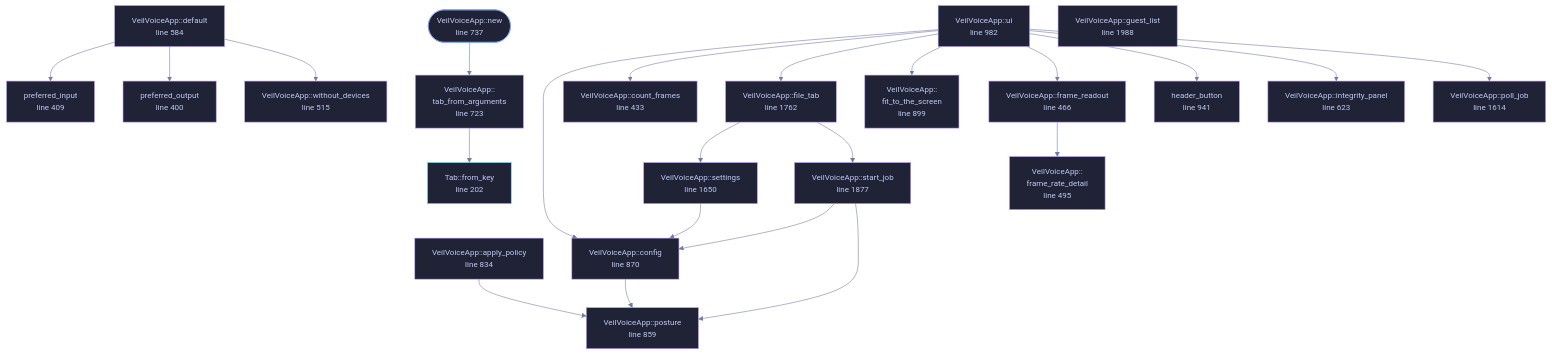
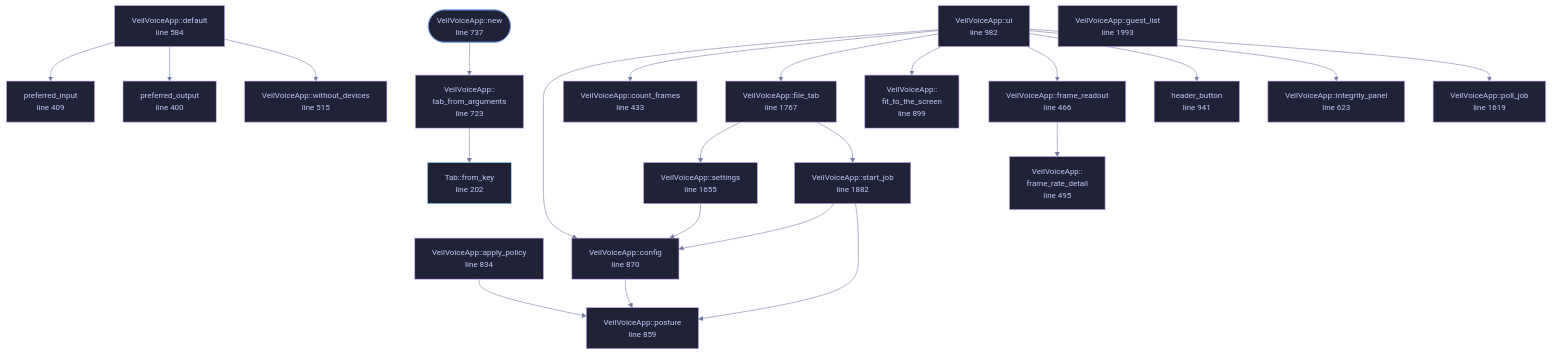
One commit to tilas01/veilvoice changed the diagram in docs/files/veilvoice-gui/app.md. Above: the diagram before and after it, drawn with Mermaid. The commit also changed other lines of this file and 48 other files, not shown here.

````diff
--- a/docs/files/veilvoice-gui/app.md
+++ b/docs/files/veilvoice-gui/app.md
@@ -192,75 +192,75 @@
 ```mermaid
 %%{init: {"theme":"base","themeVariables":{"background":"#1a1b26","primaryColor":"#1f2335","primaryTextColor":"#c0caf5","primaryBorderColor":"#7aa2f7","secondaryColor":"#16161e","tertiaryColor":"#16161e","lineColor":"#737aa2","textColor":"#c0caf5","mainBkg":"#1f2335","nodeBorder":"#7aa2f7","clusterBkg":"#16161e","clusterBorder":"#2f3549","fontFamily":"ui-monospace, SFMono-Regular, Consolas, monospace","fontSize":"14px"}}}%%
 flowchart TD
     n_from_key["Tab::from_key<br/>line 202"]
     n_preferred_output["preferred_output<br/>line 400"]
     n_preferred_input["preferred_input<br/>line 409"]
     n_count_frames["VeilVoiceApp::count_frames<br/>line 433"]
     n_frame_readout["VeilVoiceApp::frame_readout<br/>line 466"]
     n_frame_rate_detail["VeilVoiceApp::<br/>frame_rate_detail<br/>line 495"]
     n_without_devices["VeilVoiceApp::without_devices<br/>line 515"]
     n_default["VeilVoiceApp::default<br/>line 584"]
     n_integrity_panel["VeilVoiceApp::integrity_panel<br/>line 623"]
     n_tab_from_arguments["VeilVoiceApp::<br/>tab_from_arguments<br/>line 723"]
     n_new(["VeilVoiceApp::new<br/>line 737"])
     n_apply_policy["VeilVoiceApp::apply_policy<br/>line 834"]
     n_posture["VeilVoiceApp::posture<br/>line 859"]
     n_config["VeilVoiceApp::config<br/>line 870"]
     n_fit_to_the_screen["VeilVoiceApp::<br/>fit_to_the_screen<br/>line 899"]
     n_header_button["header_button<br/>line 941"]
     n_ui["VeilVoiceApp::ui<br/>line 982"]
-    n_poll_job["VeilVoiceApp::poll_job<br/>line 1614"]
-    n_settings["VeilVoiceApp::settings<br/>line 1650"]
-    n_file_tab["VeilVoiceApp::file_tab<br/>line 1762"]
-    n_start_job["VeilVoiceApp::start_job<br/>line 1877"]
-    n_guest_list["VeilVoiceApp::guest_list<br/>line 1988"]
+    n_poll_job["VeilVoiceApp::poll_job<br/>line 1619"]
+    n_settings["VeilVoiceApp::settings<br/>line 1655"]
+    n_file_tab["VeilVoiceApp::file_tab<br/>line 1767"]
+    n_start_job["VeilVoiceApp::start_job<br/>line 1882"]
+    n_guest_list["VeilVoiceApp::guest_list<br/>line 1993"]
     n_apply_policy --> n_posture
     n_config --> n_posture
     n_default --> n_preferred_input
     n_default --> n_preferred_output
     n_default --> n_without_devices
     n_file_tab --> n_settings
     n_file_tab --> n_start_job
     n_frame_readout --> n_frame_rate_detail
     n_new --> n_tab_from_arguments
     n_settings --> n_config
     n_start_job --> n_config
     n_start_job --> n_posture
     n_tab_from_arguments --> n_from_key
     n_ui --> n_config
     n_ui --> n_count_frames
     n_ui --> n_file_tab
     n_ui --> n_fit_to_the_screen
     n_ui --> n_frame_readout
     n_ui --> n_header_button
     n_ui --> n_integrity_panel
     n_ui --> n_poll_job
     click n_from_key href "https://github.com/tilas01/veilvoice/blob/main/crates/veilvoice-gui/src/app.rs#L202" "open the source"
     click n_preferred_output href "https://github.com/tilas01/veilvoice/blob/main/crates/veilvoice-gui/src/app.rs#L400" "open the source"
     click n_preferred_input href "https://github.com/tilas01/veilvoice/blob/main/crates/veilvoice-gui/src/app.rs#L409" "open the source"
     click n_count_frames href "https://github.com/tilas01/veilvoice/blob/main/crates/veilvoice-gui/src/app.rs#L433" "open the source"
     click n_frame_readout href "https://github.com/tilas01/veilvoice/blob/main/crates/veilvoice-gui/src/app.rs#L466" "open the source"
     click n_frame_rate_detail href "https://github.com/tilas01/veilvoice/blob/main/crates/veilvoice-gui/src/app.rs#L495" "open the source"
     click n_without_devices href "https://github.com/tilas01/veilvoice/blob/main/crates/veilvoice-gui/src/app.rs#L515" "open the source"
     click n_default href "https://github.com/tilas01/veilvoice/blob/main/crates/veilvoice-gui/src/app.rs#L584" "open the source"
     click n_integrity_panel href "https://github.com/tilas01/veilvoice/blob/main/crates/veilvoice-gui/src/app.rs#L623" "open the source"
     click n_tab_from_arguments href "https://github.com/tilas01/veilvoice/blob/main/crates/veilvoice-gui/src/app.rs#L723" "open the source"
     click n_new href "https://github.com/tilas01/veilvoice/blob/main/crates/veilvoice-gui/src/app.rs#L737" "open the source"
     click n_apply_policy href "https://github.com/tilas01/veilvoice/blob/main/crates/veilvoice-gui/src/app.rs#L834" "open the source"
     click n_posture href "https://github.com/tilas01/veilvoice/blob/main/crates/veilvoice-gui/src/app.rs#L859" "open the source"
     click n_config href "https://github.com/tilas01/veilvoice/blob/main/crates/veilvoice-gui/src/app.rs#L870" "open the source"
     click n_fit_to_the_screen href "https://github.com/tilas01/veilvoice/blob/main/crates/veilvoice-gui/src/app.rs#L899" "open the source"
     click n_header_button href "https://github.com/tilas01/veilvoice/blob/main/crates/veilvoice-gui/src/app.rs#L941" "open the source"
     click n_ui href "https://github.com/tilas01/veilvoice/blob/main/crates/veilvoice-gui/src/app.rs#L982" "open the source"
-    click n_poll_job href "https://github.com/tilas01/veilvoice/blob/main/crates/veilvoice-gui/src/app.rs#L1614" "open the source"
-    click n_settings href "https://github.com/tilas01/veilvoice/blob/main/crates/veilvoice-gui/src/app.rs#L1650" "open the source"
-    click n_file_tab href "https://github.com/tilas01/veilvoice/blob/main/crates/veilvoice-gui/src/app.rs#L1762" "open the source"
-    click n_start_job href "https://github.com/tilas01/veilvoice/blob/main/crates/veilvoice-gui/src/app.rs#L1877" "open the source"
-    click n_guest_list href "https://github.com/tilas01/veilvoice/blob/main/crates/veilvoice-gui/src/app.rs#L1988" "open the source"
+    click n_poll_job href "https://github.com/tilas01/veilvoice/blob/main/crates/veilvoice-gui/src/app.rs#L1619" "open the source"
+    click n_settings href "https://github.com/tilas01/veilvoice/blob/main/crates/veilvoice-gui/src/app.rs#L1655" "open the source"
+    click n_file_tab href "https://github.com/tilas01/veilvoice/blob/main/crates/veilvoice-gui/src/app.rs#L1767" "open the source"
+    click n_start_job href "https://github.com/tilas01/veilvoice/blob/main/crates/veilvoice-gui/src/app.rs#L1882" "open the source"
+    click n_guest_list href "https://github.com/tilas01/veilvoice/blob/main/crates/veilvoice-gui/src/app.rs#L1993" "open the source"
     classDef entry fill:#1f2335,stroke:#7aa2f7,color:#c0caf5
     class n_new entry
     classDef api fill:#1f2335,stroke:#7dcfff,color:#c0caf5
     class n_from_key api
     classDef helper fill:#1f2335,stroke:#bb9af7,color:#c0caf5
     class n_preferred_output,n_preferred_input,n_count_frames,n_frame_readout,n_frame_rate_detail,n_without_devices,n_default,n_integrity_panel,n_tab_from_arguments,n_apply_policy,n_posture,n_config,n_fit_to_the_screen,n_header_button,n_ui,n_poll_job,n_settings,n_file_tab,n_start_job,n_guest_list helper
 ```
````
